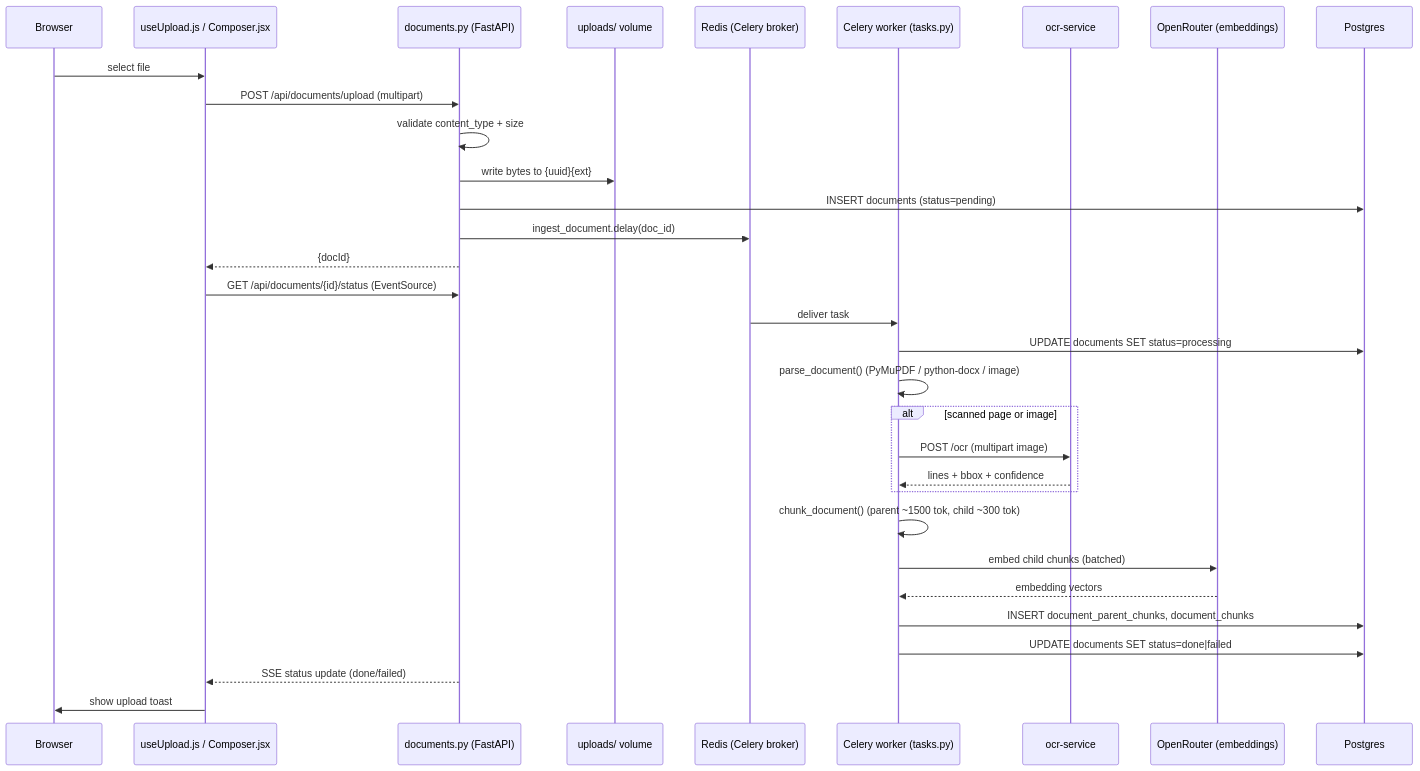
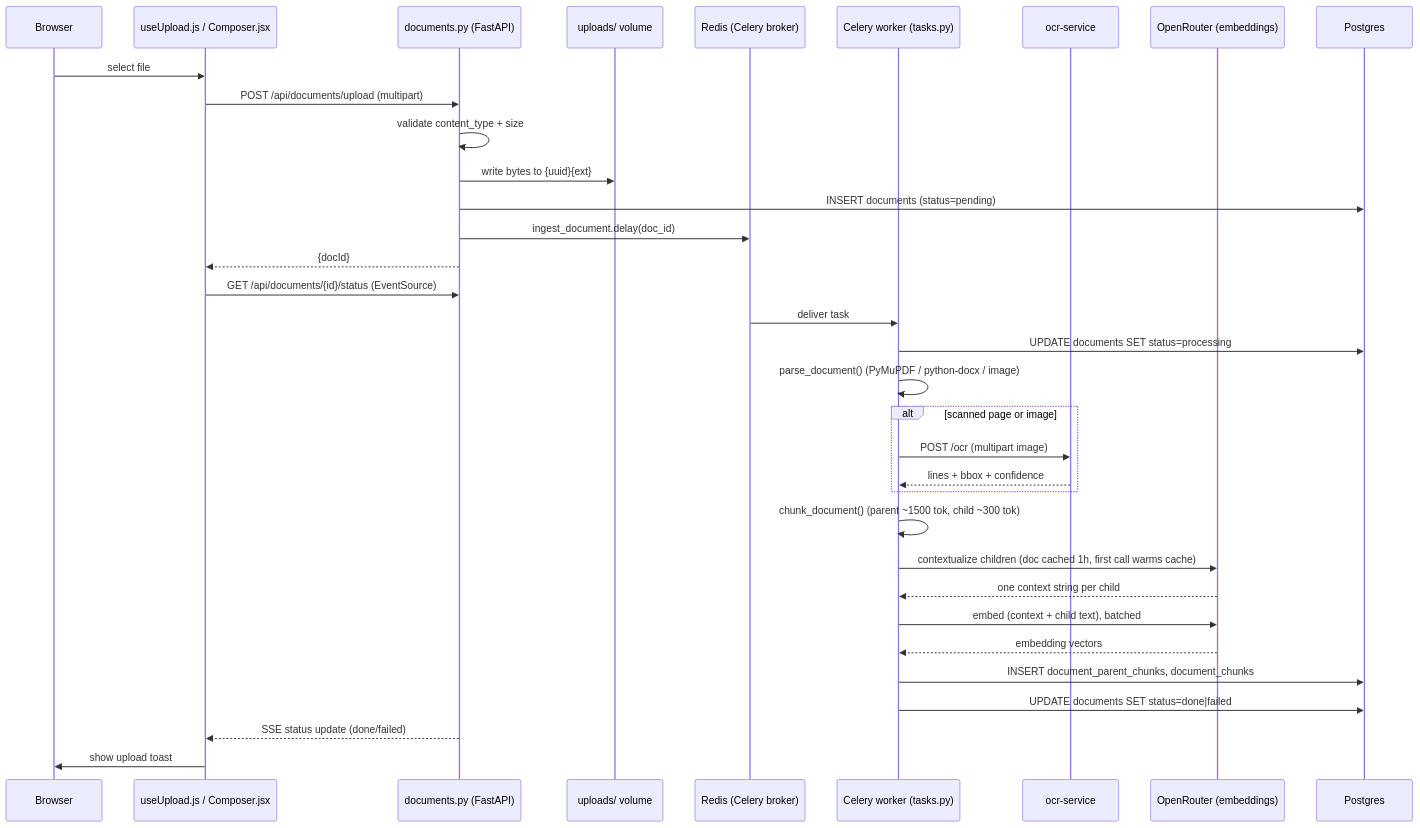
Before and after one commit to duyot/chatbot: the second of 5 diagrams in wiki/02-flows.md, drawn with Mermaid. The commit also changed other lines of this file and 3 other files, not shown here.

````diff
--- a/wiki/02-flows.md
+++ b/wiki/02-flows.md
@@ -38,35 +38,37 @@
 ```mermaid
 sequenceDiagram
     participant U as Browser
     participant FE as useUpload.js / Composer.jsx
     participant API as documents.py (FastAPI)
     participant FS as uploads/ volume
     participant Q as Redis (Celery broker)
     participant W as Celery worker (tasks.py)
     participant OCR as ocr-service
     participant OR as OpenRouter (embeddings)
     participant DB as Postgres
 
     U->>FE: select file
     FE->>API: POST /api/documents/upload (multipart)
     API->>API: validate content_type + size
     API->>FS: write bytes to {uuid}{ext}
     API->>DB: INSERT documents (status=pending)
     API->>Q: ingest_document.delay(doc_id)
     API-->>FE: {docId}
     FE->>API: GET /api/documents/{id}/status (EventSource)
     Q->>W: deliver task
     W->>DB: UPDATE documents SET status=processing
     W->>W: parse_document() (PyMuPDF / python-docx / image)
     alt scanned page or image
         W->>OCR: POST /ocr (multipart image)
         OCR-->>W: lines + bbox + confidence
     end
     W->>W: chunk_document() (parent ~1500 tok, child ~300 tok)
-    W->>OR: embed child chunks (batched)
+    W->>OR: contextualize children (doc cached 1h, first call warms cache)
+    OR-->>W: one context string per child
+    W->>OR: embed (context + child text), batched
     OR-->>W: embedding vectors
     W->>DB: INSERT document_parent_chunks, document_chunks
     W->>DB: UPDATE documents SET status=done|failed
     API-->>FE: SSE status update (done/failed)
     FE->>U: show upload toast
 ```
````
